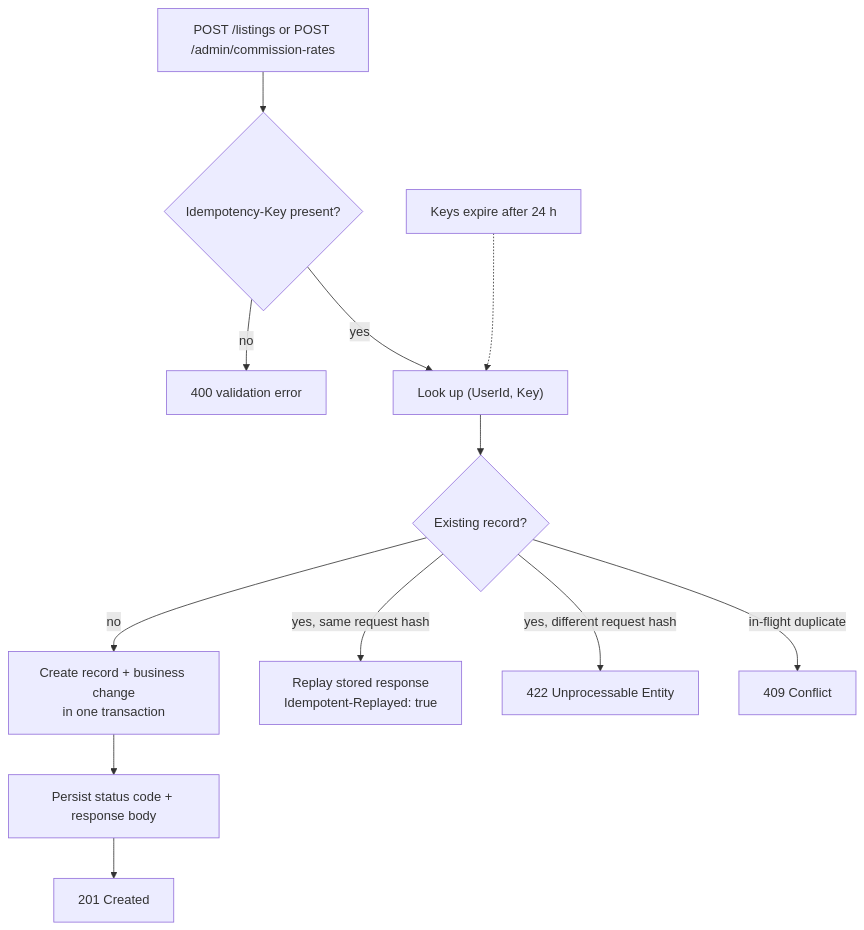
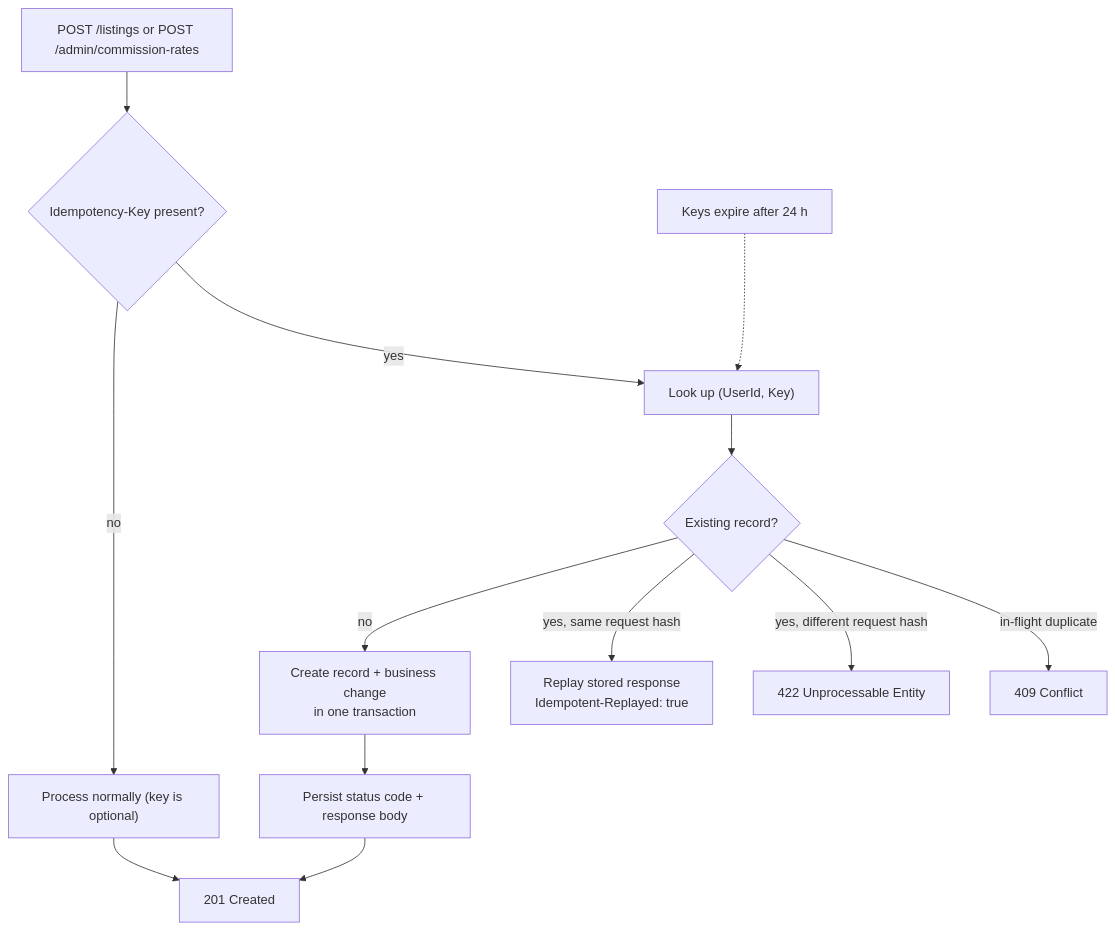
The tenth of 10 diagrams in docs/diagrams.md (thapaliyabikendra/house-broker), drawn with Mermaid before and after one commit. The commit also changed other lines of this file and 48 other files, not shown here.

````diff
--- a/docs/diagrams.md
+++ b/docs/diagrams.md
@@ -386,14 +387,15 @@
 ```mermaid
 flowchart TD
     P["POST /listings or POST /admin/commission-rates"] --> K{"Idempotency-Key present?"}
-    K -->|"no"| V["400 validation error"]
+    K -->|"no"| V["Process normally (key is optional)"]
     K -->|"yes"| L["Look up (UserId, Key)"]
     L --> N{"Existing record?"}
     N -->|"no"| C["Create record + business change<br/>in one transaction"]
     C --> S["Persist status code + response body"]
     S --> R["201 Created"]
+    V --> R
     N -->|"yes, same request hash"| RP["Replay stored response<br/>Idempotent-Replayed: true"]
     N -->|"yes, different request hash"| CF["422 Unprocessable Entity"]
     N -->|"in-flight duplicate"| CI["409 Conflict"]
     X["Keys expire after 24 h"] -.-> L
 ```
````
